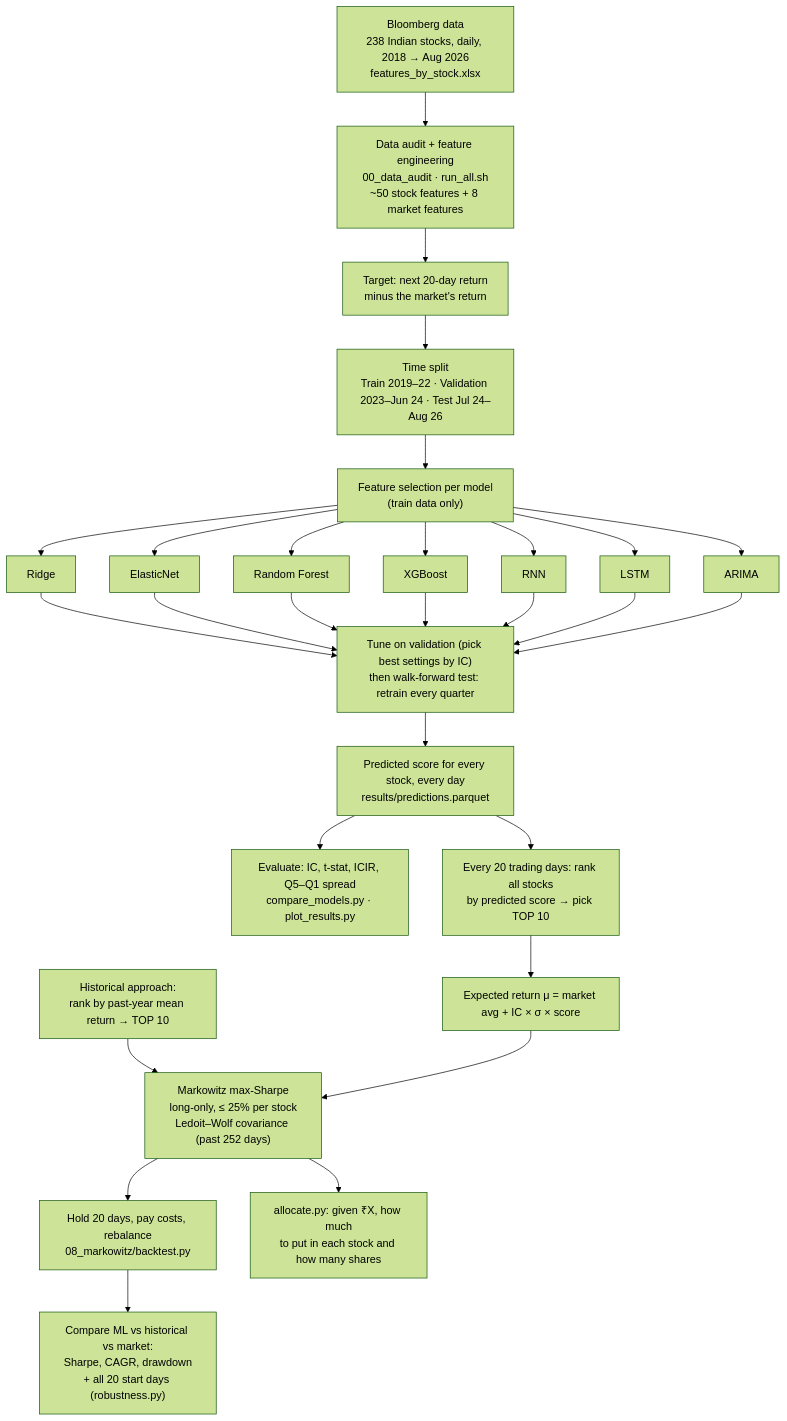
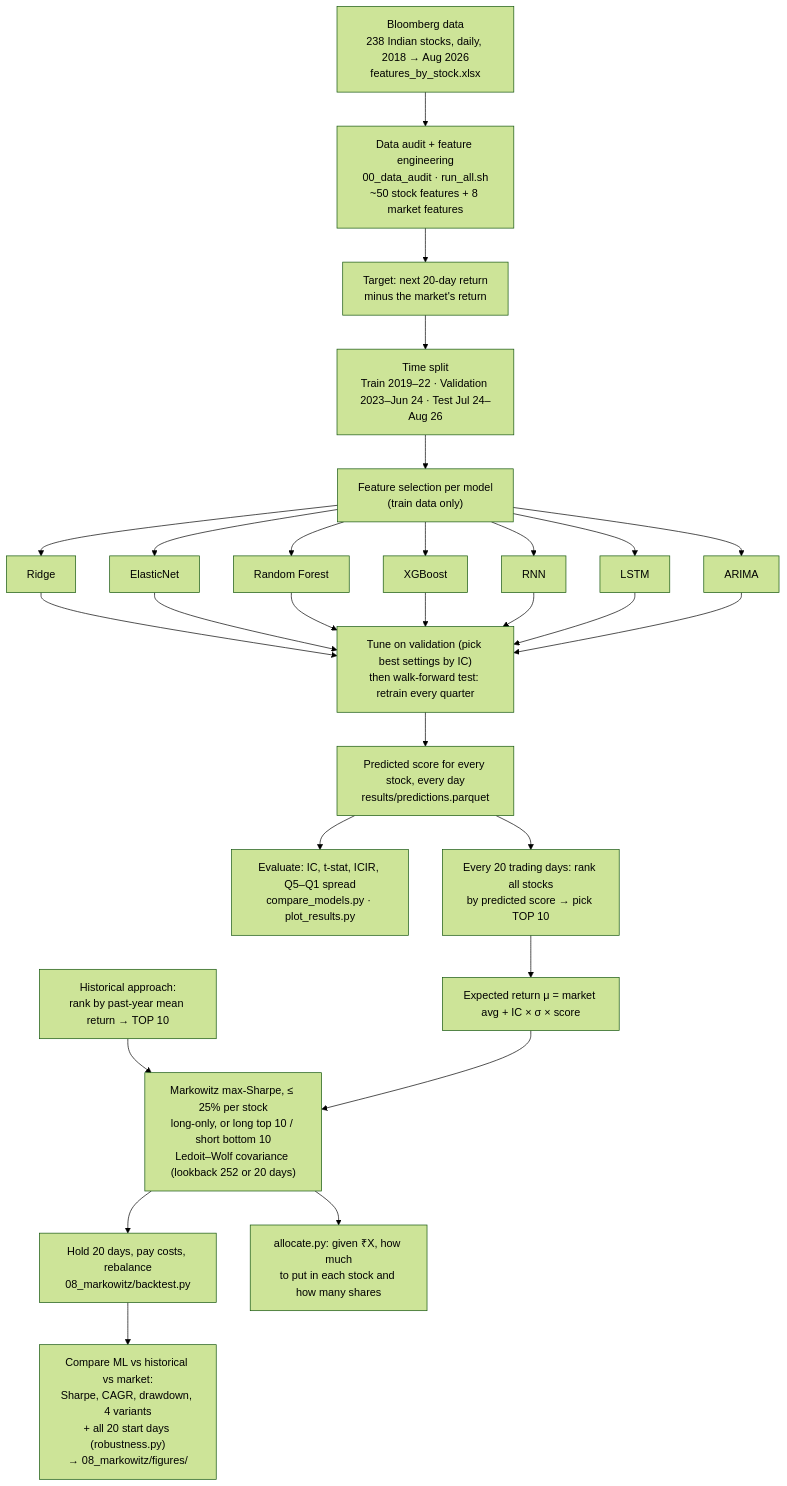
One commit to anshu1905/Machine-Learning-Based-Statistical-Arbitrage-with-Markowitz-Portfolio-Optimization changed the diagram in README.md. Above: the diagram before and after it, drawn with Mermaid (forest theme). The commit also changed other lines of this file and 107 other files, not shown here.

````diff
--- a/README.md
+++ b/README.md
@@ -33,25 +35,25 @@
 ```mermaid
 flowchart TD
     A["Bloomberg data<br/>238 Indian stocks, daily, 2018 → Aug 2026<br/>features_by_stock.xlsx"] --> B["Data audit + feature engineering<br/>00_data_audit · run_all.sh<br/>~50 stock features + 8 market features"]
     B --> C["Target: next 20-day return<br/>minus the market's return"]
     C --> D["Time split<br/>Train 2019–22 · Validation 2023–Jun 24 · Test Jul 24–Aug 26"]
     D --> E["Feature selection per model<br/>(train data only)"]
     E --> F1[Ridge]
     E --> F2[ElasticNet]
     E --> F3[Random Forest]
     E --> F4[XGBoost]
     E --> F5[RNN]
     E --> F6[LSTM]
     E --> F7[ARIMA]
     F1 & F2 & F3 & F4 & F5 & F6 & F7 --> G["Tune on validation (pick best settings by IC)<br/>then walk-forward test: retrain every quarter"]
     G --> H["Predicted score for every stock, every day<br/>results/predictions.parquet"]
     H --> I["Evaluate: IC, t-stat, ICIR, Q5–Q1 spread<br/>compare_models.py · plot_results.py"]
 
     H --> J["Every 20 trading days: rank all stocks<br/>by predicted score → pick TOP 10"]
     K["Historical approach:<br/>rank by past-year mean return → TOP 10"] --> L
     J --> M["Expected return μ = market avg + IC × σ × score"]
-    M --> L["Markowitz max-Sharpe<br/>long-only, ≤ 25% per stock<br/>Ledoit–Wolf covariance (past 252 days)"]
+    M --> L["Markowitz max-Sharpe, ≤ 25% per stock<br/>long-only, or long top 10 / short bottom 10<br/>Ledoit–Wolf covariance (lookback 252 or 20 days)"]
     L --> N["Hold 20 days, pay costs, rebalance<br/>08_markowitz/backtest.py"]
-    N --> O["Compare ML vs historical vs market:<br/>Sharpe, CAGR, drawdown<br/>+ all 20 start days (robustness.py)"]
+    N --> O["Compare ML vs historical vs market:<br/>Sharpe, CAGR, drawdown, 4 variants<br/>+ all 20 start days (robustness.py)<br/>→ 08_markowitz/figures/"]
     L --> P["allocate.py: given ₹X, how much<br/>to put in each stock and how many shares"]
 ```
````
